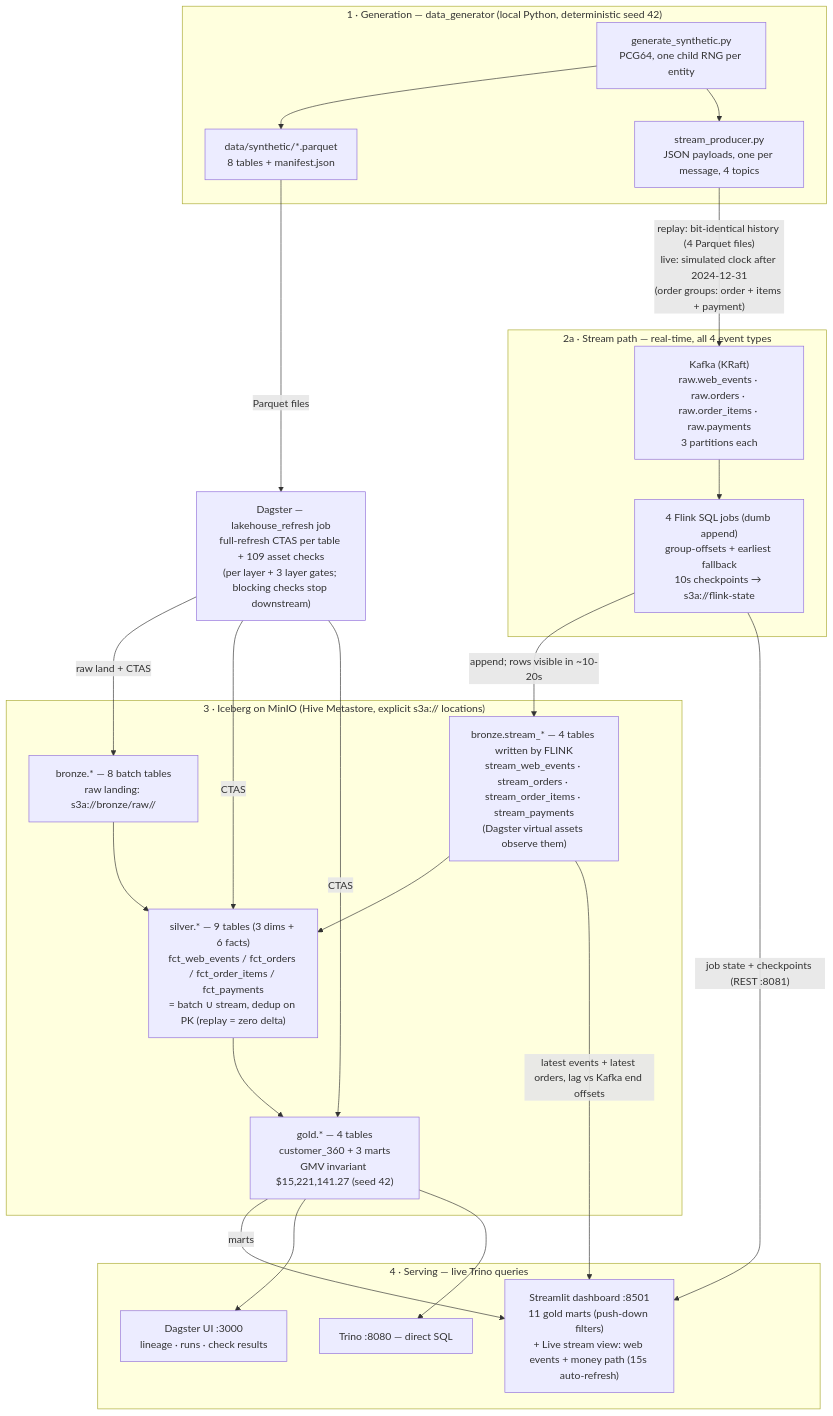
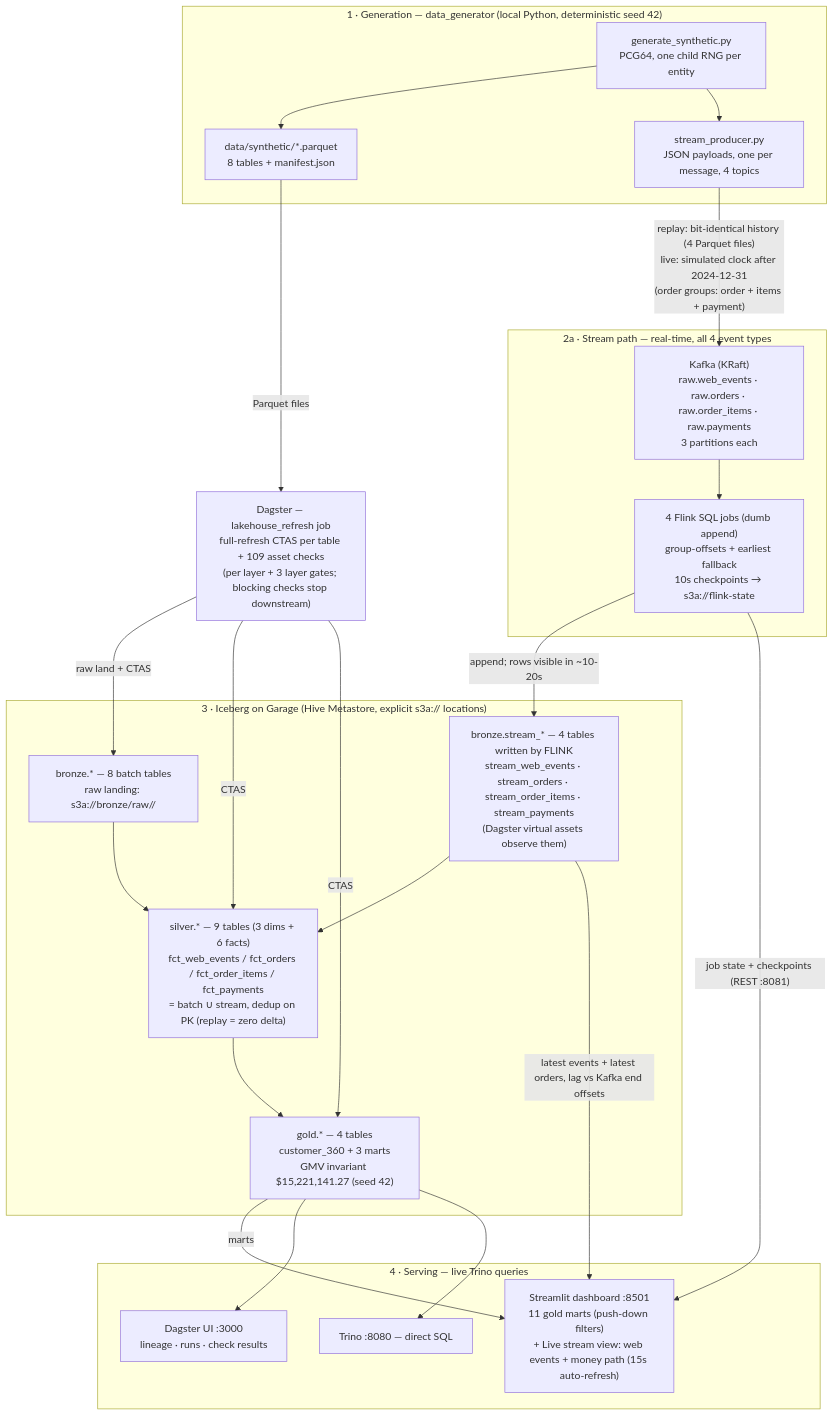
Before and after one commit to eltimka/ecomlh: the diagram in DATA_FLOW.md, drawn with Mermaid. The commit also changed other lines of this file and 3 other files, not shown here.

````diff
--- a/DATA_FLOW.md
+++ b/DATA_FLOW.md
@@ -11,46 +11,46 @@
 ```mermaid
 flowchart TB
     subgraph GEN["1 · Generation — data_generator (local Python, deterministic seed 42)"]
         SYN["generate_synthetic.py<br/>PCG64, one child RNG per entity"]
         PAR["data/synthetic/*.parquet<br/>8 tables + manifest.json"]
         PROD["stream_producer.py<br/>JSON payloads, one per message, 4 topics"]
         SYN --> PAR
         SYN --> PROD
     end
 
     subgraph STREAM["2a · Stream path — real-time, all 4 event types"]
         KAFKA["Kafka (KRaft)<br/>raw.web_events · raw.orders · raw.order_items · raw.payments<br/>3 partitions each"]
         FLINK["4 Flink SQL jobs (dumb append)<br/>group-offsets + earliest fallback<br/>10s checkpoints → s3a://flink-state"]
         KAFKA --> FLINK
     end
 
     DAG["Dagster — lakehouse_refresh job<br/>full-refresh CTAS per table + 109 asset checks<br/>(per layer + 3 layer gates; blocking checks stop downstream)"]
 
-    subgraph STORE["3 · Iceberg on MinIO (Hive Metastore, explicit s3a:// locations)"]
+    subgraph STORE["3 · Iceberg on Garage (Hive Metastore, explicit s3a:// locations)"]
         BRONZE["bronze.* — 8 batch tables<br/>raw landing: s3a://bronze/raw/<t>/"]
         SWEB["bronze.stream_* — 4 tables written by FLINK<br/>stream_web_events · stream_orders · stream_order_items · stream_payments<br/>(Dagster virtual assets observe them)"]
         SILVER["silver.* — 9 tables (3 dims + 6 facts)<br/>fct_web_events / fct_orders / fct_order_items / fct_payments<br/>= batch ∪ stream, dedup on PK (replay = zero delta)"]
         GOLD["gold.* — 4 tables<br/>customer_360 + 3 marts<br/>GMV invariant $15,221,141.27 (seed 42)"]
         BRONZE --> SILVER
         SWEB --> SILVER
         SILVER --> GOLD
     end
 
     subgraph SERVE["4 · Serving — live Trino queries"]
         DASH["Streamlit dashboard :8501<br/>11 gold marts (push-down filters)<br/>+ Live stream view: web events + money path (15s auto-refresh)"]
         UI["Dagster UI :3000<br/>lineage · runs · check results"]
         SQL["Trino :8080 — direct SQL"]
     end
 
     PROD -->|"replay: bit-identical history (4 Parquet files)<br/>live: simulated clock after 2024-12-31<br/>(order groups: order + items + payment)"| KAFKA
     PAR -->|Parquet files| DAG
     FLINK -->|"append; rows visible in ~10-20s"| SWEB
     DAG -->|"raw land + CTAS"| BRONZE
     DAG -->|CTAS| SILVER
     DAG -->|CTAS| GOLD
     GOLD -->|marts| DASH
     SWEB -->|"latest events + latest orders, lag vs Kafka end offsets"| DASH
     FLINK -->|"job state + checkpoints (REST :8081)"| DASH
     GOLD --> UI
     GOLD --> SQL
 ```
````
